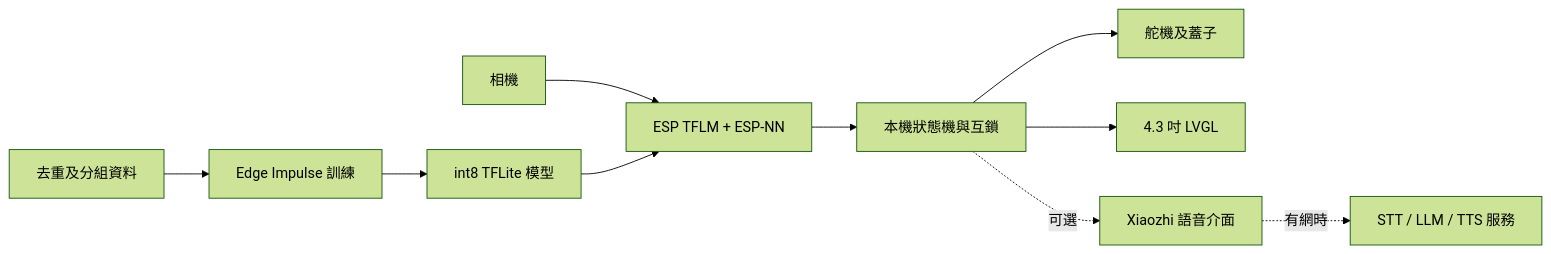
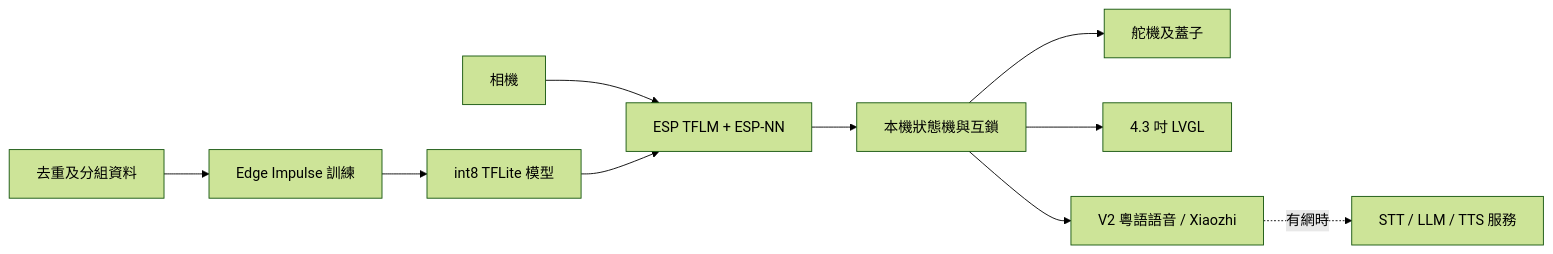
One commit to Bruiseunderskin/smart-trash-can changed the diagram in docs/system-architecture-decision.md. Above: the diagram before and after it, drawn with Mermaid (forest theme). The commit also changed other lines of this file and 10 other files, not shown here.

````diff
--- a/docs/system-architecture-decision.md
+++ b/docs/system-architecture-decision.md
@@ -11,12 +11,12 @@
 ```mermaid
 flowchart LR
   D[去重及分組資料] --> T[Edge Impulse 訓練]
   T --> M[int8 TFLite 模型]
   C[相機] --> I[ESP TFLM + ESP-NN]
   M --> I
   I --> S[本機狀態機與互鎖]
   S --> L[舵機及蓋子]
   S --> U[4.3 吋 LVGL]
-  S -. 可選 .-> V[Xiaozhi 語音介面]
+  S --> V[V2 粵語語音 / Xiaozhi]
   V -. 有網時 .-> A[STT / LLM / TTS 服務]
 ```
````
